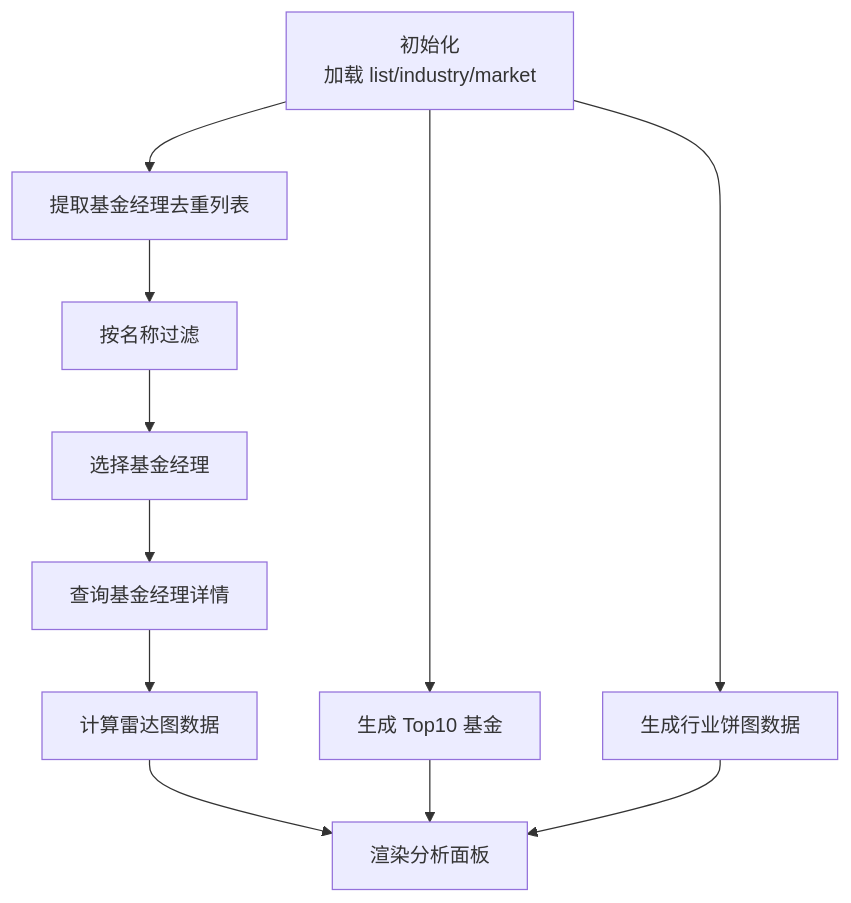
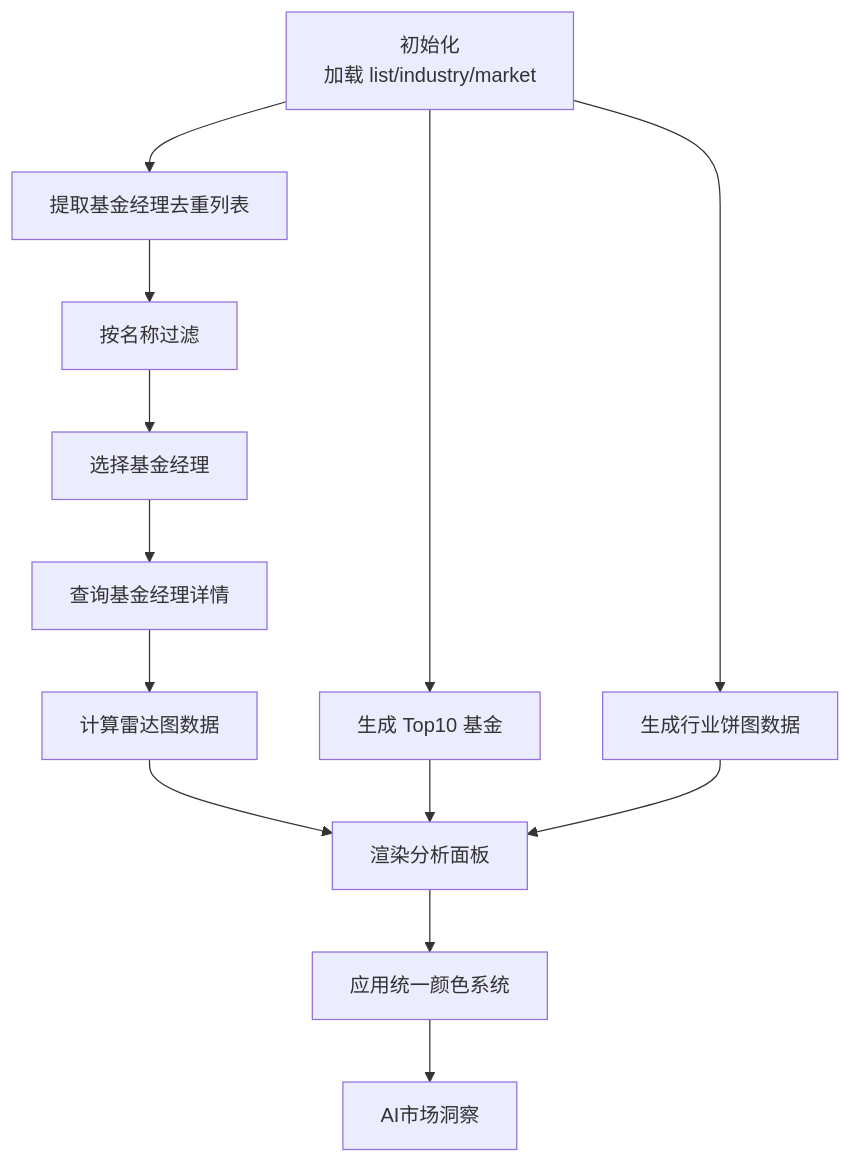
The fifth of 8 diagrams in .qoder/repowiki/zh/content/前端应用文档/页面组件系统.md (youkell85/FundTrader), drawn with Mermaid before and after one commit. The commit also changed other lines of this file and 11 other files, not shown here.

````diff
--- a/.qoder/repowiki/zh/content/前端应用文档/页面组件系统.md
+++ b/.qoder/repowiki/zh/content/前端应用文档/页面组件系统.md
@@ -249,13 +306,15 @@
 ```mermaid
 flowchart TD
 Init["初始化<br/>加载 list/industry/market"] --> Managers["提取基金经理去重列表"]
 Managers --> FilterMgr["按名称过滤"]
 FilterMgr --> SelectMgr["选择基金经理"]
 SelectMgr --> FetchMgr["查询基金经理详情"]
 FetchMgr --> Radar["计算雷达图数据"]
 Init --> Top["生成 Top10 基金"]
 Init --> Industry["生成行业饼图数据"]
 Radar --> Render["渲染分析面板"]
 Top --> Render
 Industry --> Render
+Render --> Colors["应用统一颜色系统"]
+Colors --> AIInsight["AI市场洞察"]
 ```
````
